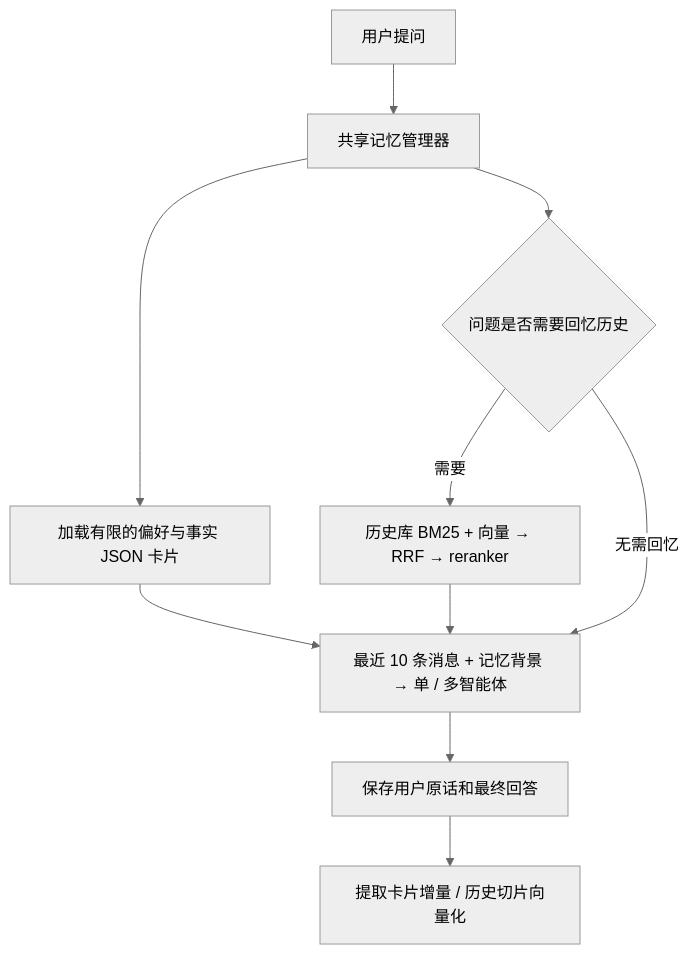
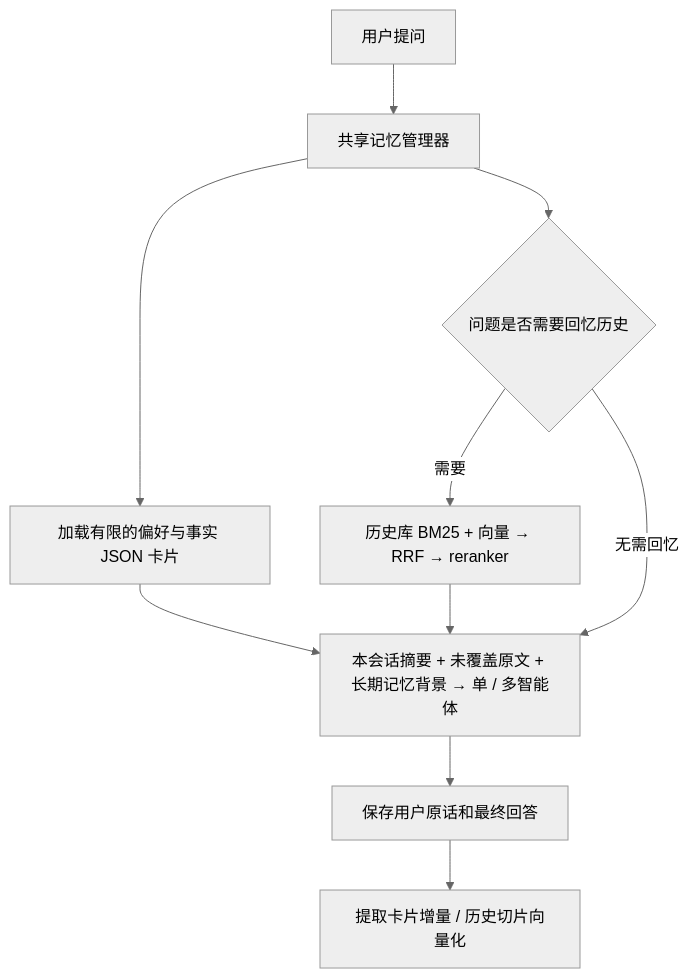
The diagram in docs/MEMORY.md (leicankun/weather), drawn with Mermaid (neutral theme) before and after one commit. The commit also changed other lines of this file and 26 other files, not shown here.

````diff
--- a/docs/MEMORY.md
+++ b/docs/MEMORY.md
@@ -5,12 +5,12 @@
 ```mermaid
 flowchart TD
     Q[用户提问] --> M[共享记忆管理器]
     M --> C[加载有限的偏好与事实 JSON 卡片]
     M --> R{问题是否需要回忆历史}
     R -->|需要| H[历史库 BM25 + 向量 → RRF → reranker]
-    C --> A[最近 10 条消息 + 记忆背景 → 单 / 多智能体]
+    C --> A[本会话摘要 + 未覆盖原文 + 长期记忆背景 → 单 / 多智能体]
     H --> A
     R -->|无需回忆| A
     A --> S[保存用户原话和最终回答]
     S --> U[提取卡片增量 / 历史切片向量化]
 ```
````
